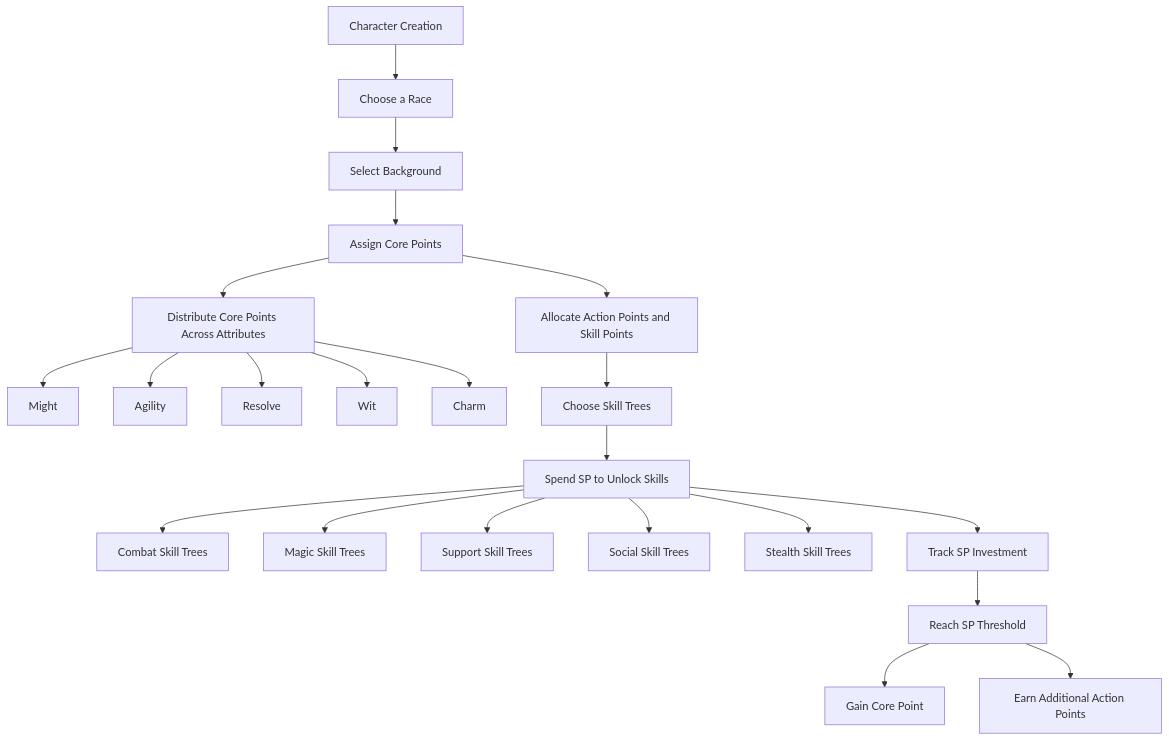
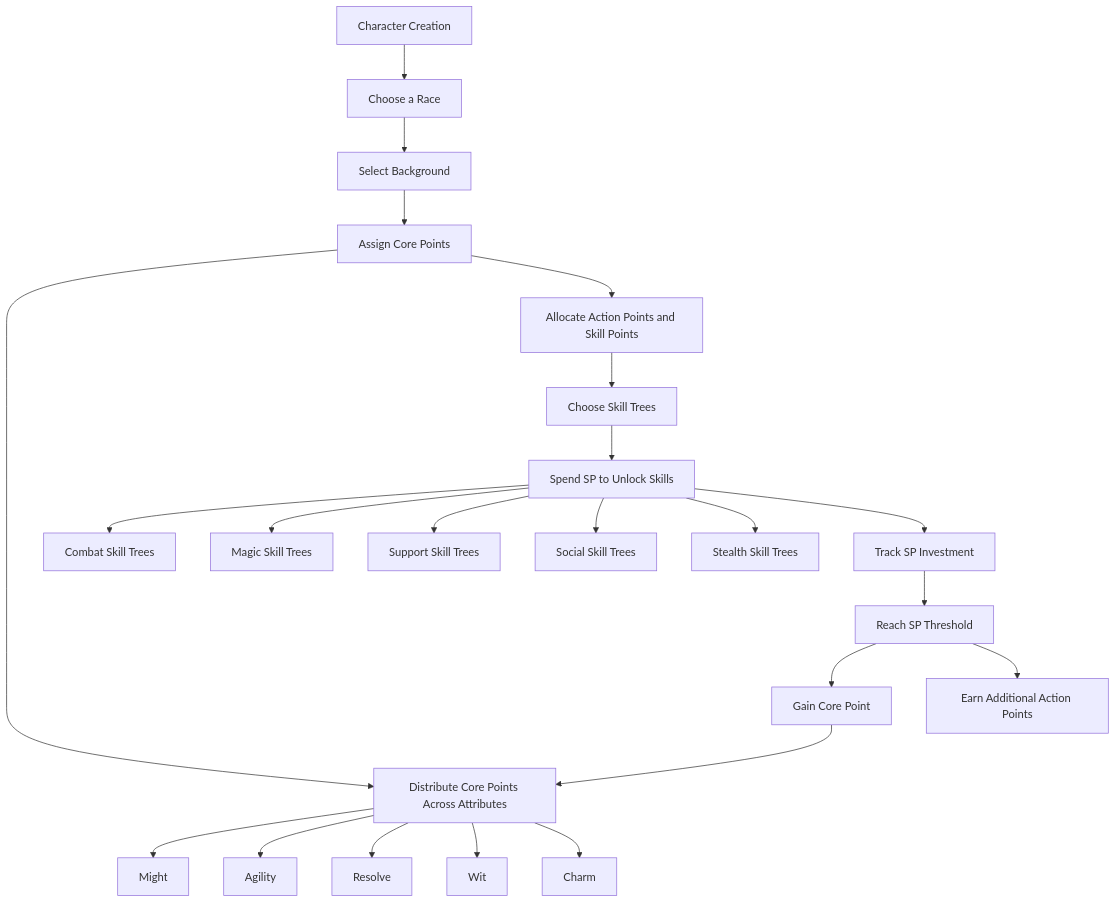
The diagram in character_creation.md (PJWaters/Shadowforge), drawn with Mermaid before and after one commit.

Commit message:
add new connection in diagram

````diff
--- a/character_creation.md
+++ b/character_creation.md
@@ -51,27 +51,28 @@
 ```mermaid
 graph TD;
     A[Character Creation] --> B[Choose a Race];
     B --> C[Select Background];
     C --> D[Assign Core Points];
     D --> E[Distribute Core Points Across Attributes];
     
     E --> F[Might];
     E --> G[Agility];
     E --> H[Resolve];
     E --> I[Wit];
     E --> J[Charm];
 
     D --> K[Allocate Action Points and Skill Points];
     K --> L[Choose Skill Trees];
     L --> M[Spend SP to Unlock Skills];
     M --> N[Combat Skill Trees];
     M --> O[Magic Skill Trees];
     M --> P[Support Skill Trees];
     M --> Q[Social Skill Trees];
     M --> R[Stealth Skill Trees];
 
     M --> S[Track SP Investment];
     S --> T[Reach SP Threshold];
     T --> U[Gain Core Point];
     T --> V[Earn Additional Action Points];
+    U --> E;
 ```
````
